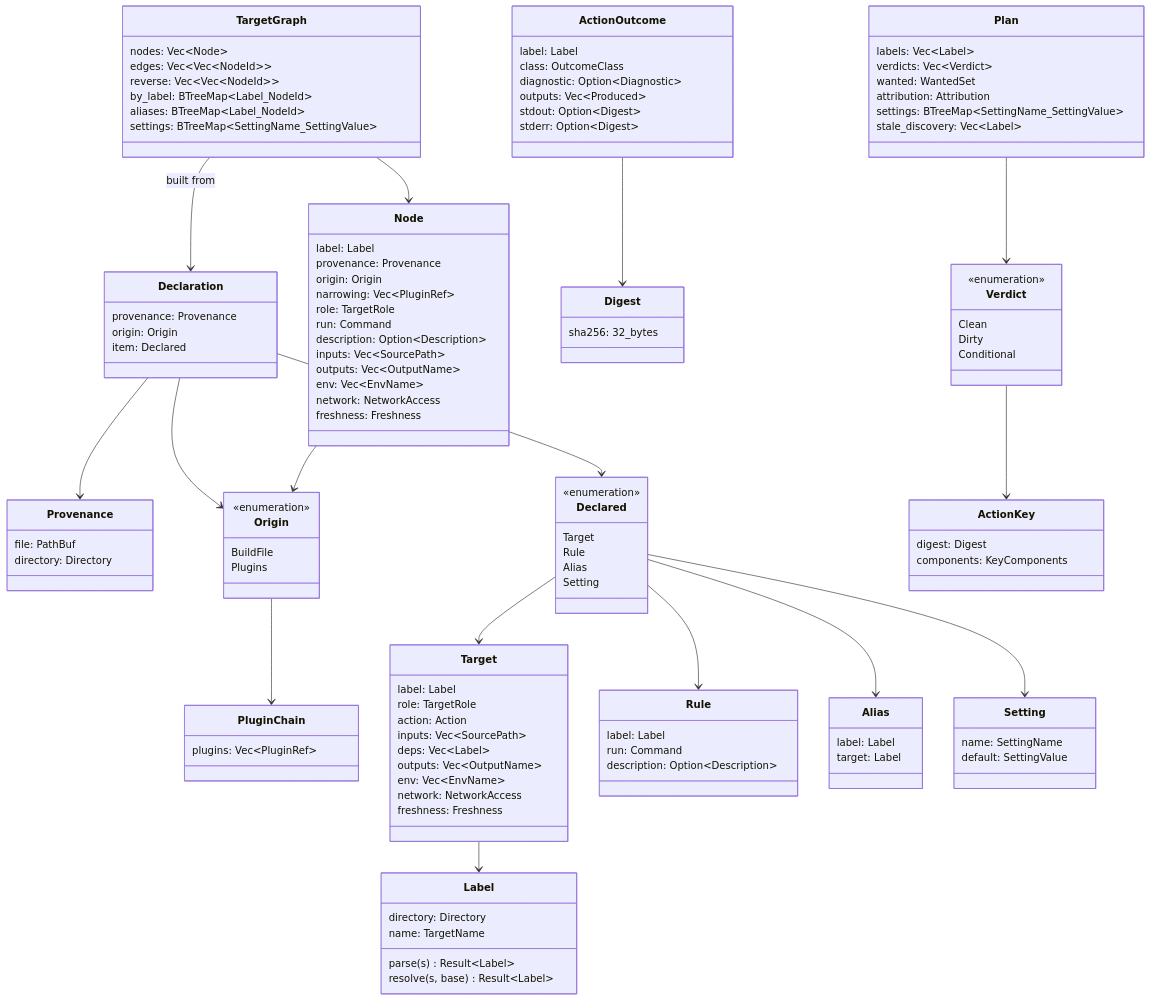
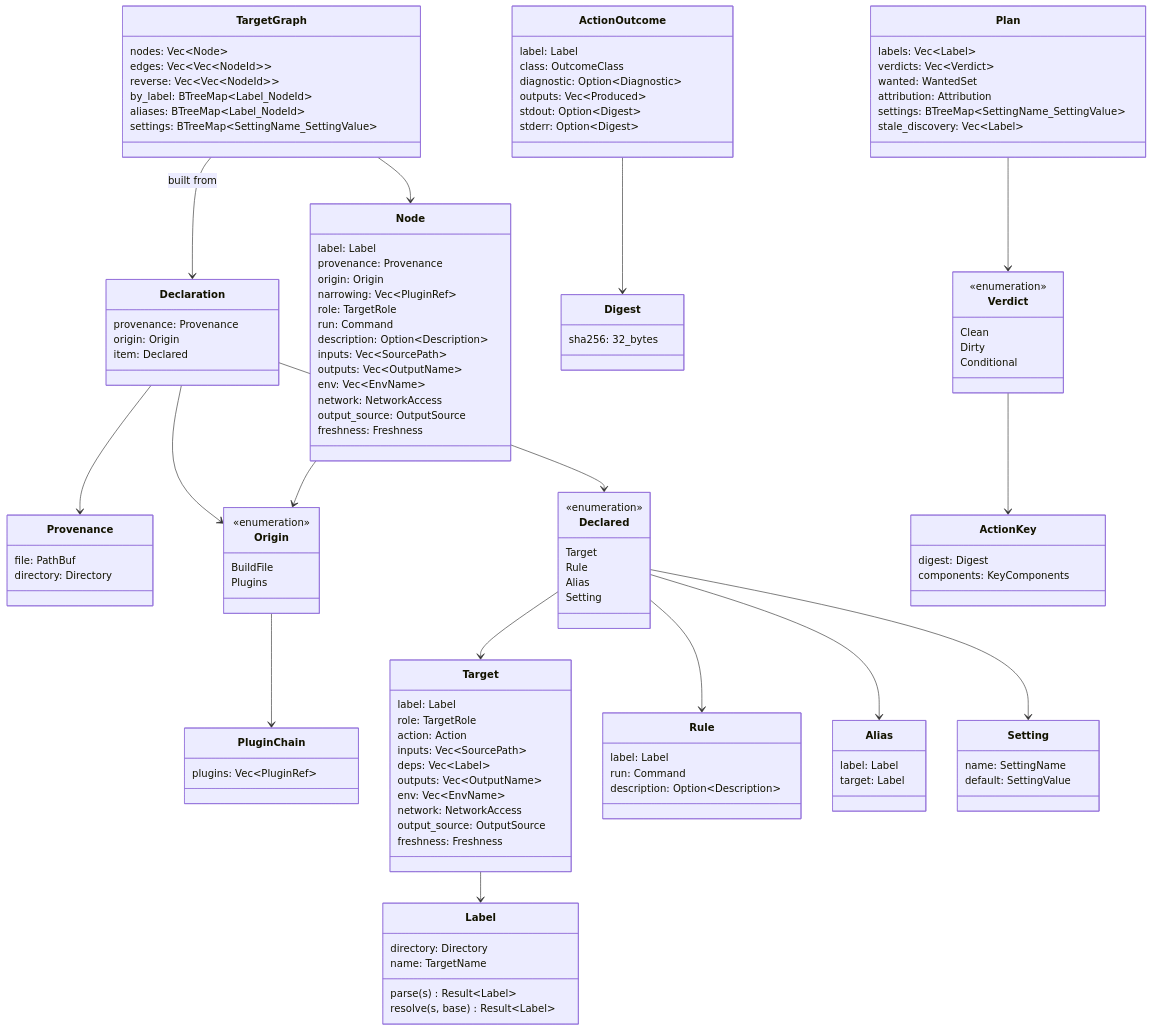
One commit to airsstack/buildl changed the second of 7 diagrams in docs/architecture.md. Above: the diagram before and after it, drawn with Mermaid. The commit also changed other lines of this file and 2 other files, not shown here.

```diff
--- a/docs/architecture.md
+++ b/docs/architecture.md
@@ -87,6 +87,7 @@
         outputs: Vec~OutputName~
         env: Vec~EnvName~
         network: NetworkAccess
+        output_source: OutputSource
         freshness: Freshness
     }
     class Rule {
@@ -114,6 +115,7 @@
         outputs: Vec~OutputName~
         env: Vec~EnvName~
         network: NetworkAccess
+        output_source: OutputSource
         freshness: Freshness
     }
     class TargetGraph {
```
